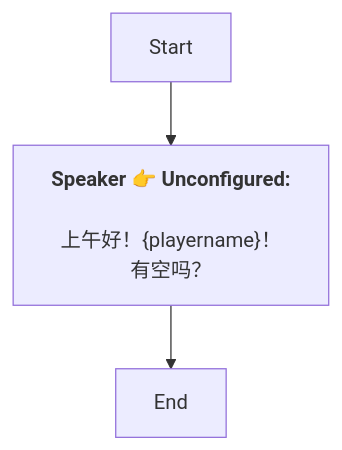
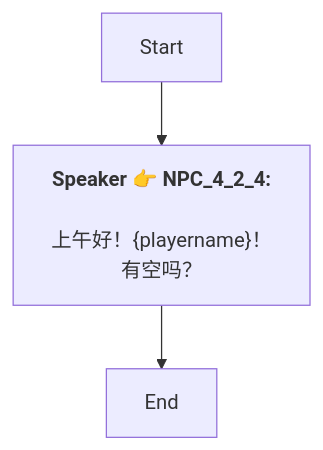
One commit to SoftHu/tos_avg changed the diagram in Zh/Dialog_55274881955692.md. Above: the diagram before and after it, drawn with Mermaid. The commit also changed 737 other files, not shown here.

````diff
--- a/Zh/Dialog_55274881955692.md
+++ b/Zh/Dialog_55274881955692.md
@@ -1,9 +1,8 @@
 ```mermaid
 graph
-Start -->1768796544022523[<b>Speaker 👉 Unconfigured:</b>
-
-上午好！&lbrace;playername&rbrace;！
+Start -->1768796544022523[<b>Speaker 👉 NPC_4_2_4:</b>
+\n上午好！&lbrace;playername&rbrace;！
 有空吗？]
 1768796544022523 -->1768796546813948[End]
 
- ```
+```
````
